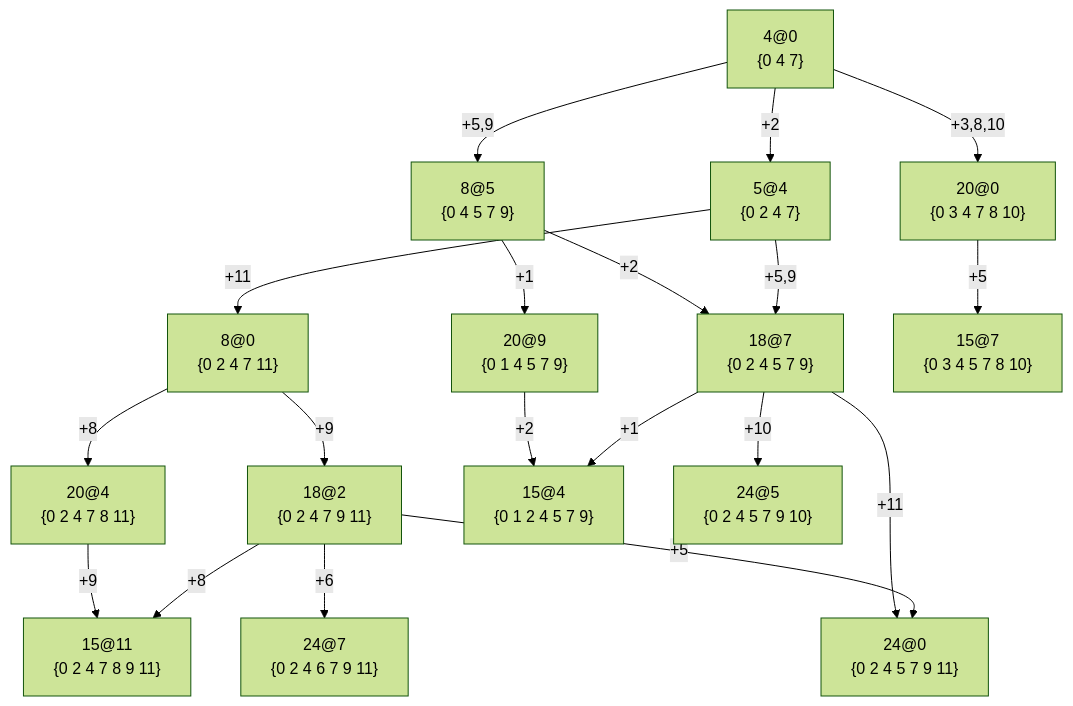
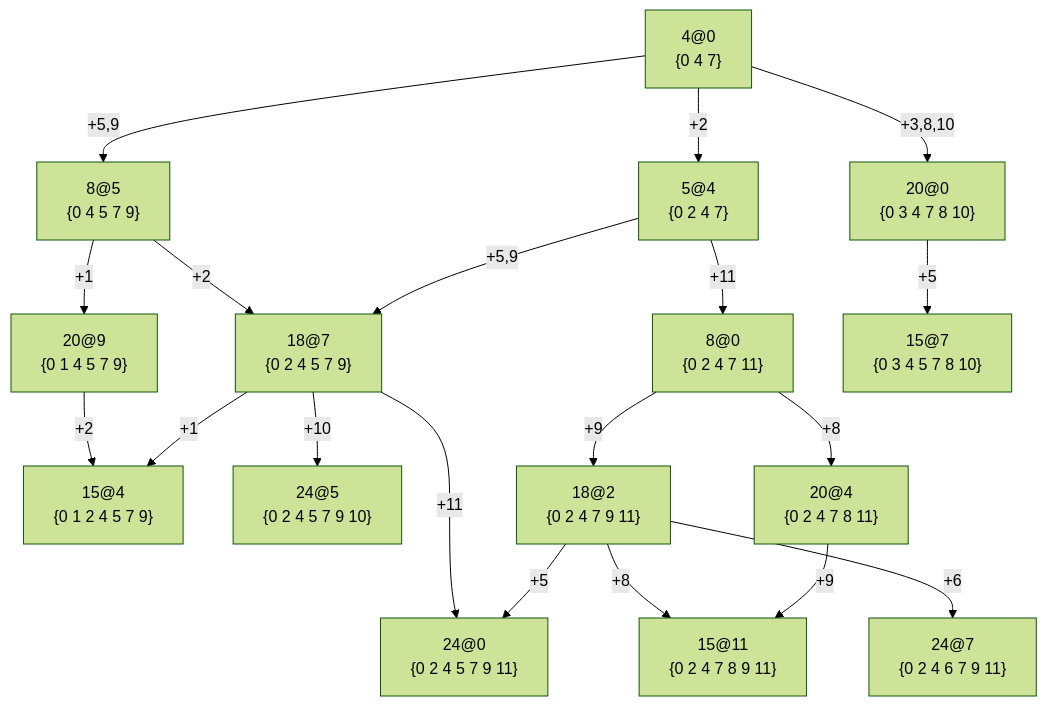
The fourth of 4 diagrams in website/docs/music/placements.mdx (jkvastad/Melodroid-3), drawn with Mermaid (forest theme) before and after one commit. The commit also changed other lines of this file and 3 other files, not shown here.

Commit message:
Updated dagre seeding for placement command for better mermaid graphs

````diff
--- a/website/docs/music/placements.mdx
+++ b/website/docs/music/placements.mdx
@@ -171,37 +171,37 @@
 ```mermaid
 flowchart TD
     P24["4@0<br/>{0 4 7}"]
+    P53["8@5<br/>{0 4 5 7 9}"]
+    P81["20@9<br/>{0 1 4 5 7 9}"]
+    P67["18@7<br/>{0 2 4 5 7 9}"]
+    P88["15@4<br/>{0 1 2 4 5 7 9}"]
+    P101["24@5<br/>{0 2 4 5 7 9 10}"]
+    P96["24@0<br/>{0 2 4 5 7 9 11}"]
     P40["5@4<br/>{0 2 4 7}"]
     P48["8@0<br/>{0 2 4 7 11}"]
-    P53["8@5<br/>{0 4 5 7 9}"]
     P62["18@2<br/>{0 2 4 7 9 11}"]
-    P67["18@7<br/>{0 2 4 5 7 9}"]
+    P76["20@4<br/>{0 2 4 7 8 11}"]
+    P95["15@11<br/>{0 2 4 7 8 9 11}"]
+    P103["24@7<br/>{0 2 4 6 7 9 11}"]
     P72["20@0<br/>{0 3 4 7 8 10}"]
-    P76["20@4<br/>{0 2 4 7 8 11}"]
-    P81["20@9<br/>{0 1 4 5 7 9}"]
-    P88["15@4<br/>{0 1 2 4 5 7 9}"]
     P91["15@7<br/>{0 3 4 5 7 8 10}"]
-    P95["15@11<br/>{0 2 4 7 8 9 11}"]
-    P96["24@0<br/>{0 2 4 5 7 9 11}"]
-    P101["24@5<br/>{0 2 4 5 7 9 10}"]
-    P103["24@7<br/>{0 2 4 6 7 9 11}"]
 
+    P24 -- "+5,9" --> P53
     P24 -- "+2" --> P40
-    P24 -- "+5,9" --> P53
     P24 -- "+3,8,10" --> P72
+    P53 -- "+2" --> P67
+    P53 -- "+1" --> P81
+    P81 -- "+2" --> P88
+    P67 -- "+1" --> P88
+    P67 -- "+11" --> P96
+    P67 -- "+10" --> P101
     P40 -- "+11" --> P48
     P40 -- "+5,9" --> P67
     P48 -- "+9" --> P62
     P48 -- "+8" --> P76
-    P53 -- "+2" --> P67
-    P53 -- "+1" --> P81
     P62 -- "+8" --> P95
     P62 -- "+5" --> P96
     P62 -- "+6" --> P103
-    P67 -- "+1" --> P88
-    P67 -- "+11" --> P96
-    P67 -- "+10" --> P101
     P72 -- "+5" --> P91
     P76 -- "+9" --> P95
-    P81 -- "+2" --> P88
 ```
````
